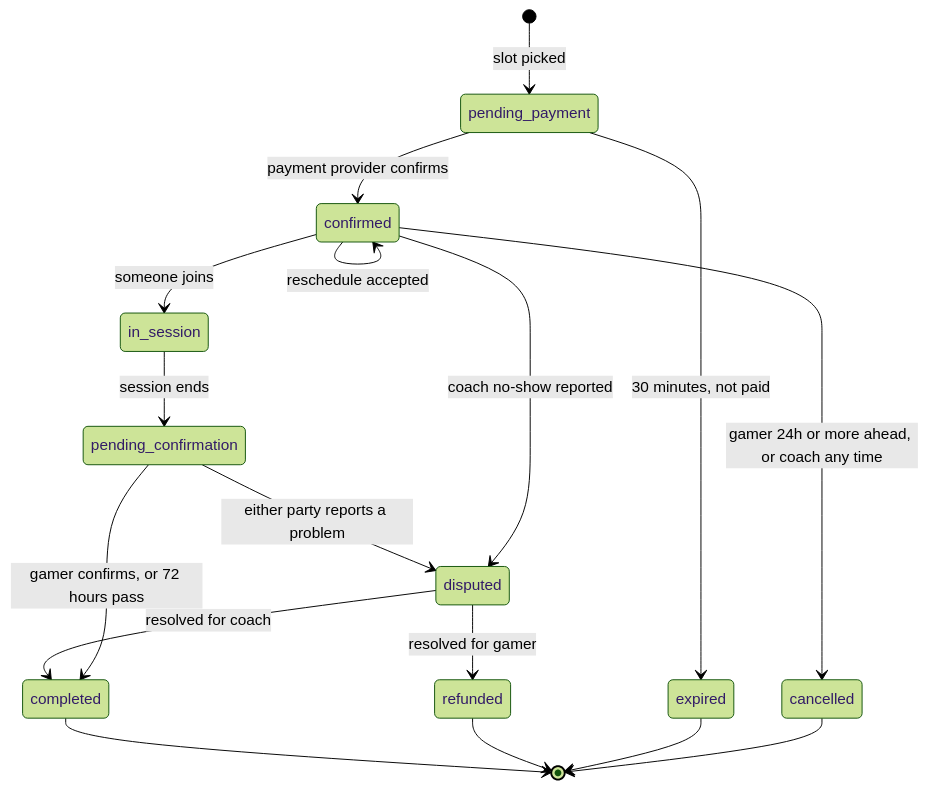
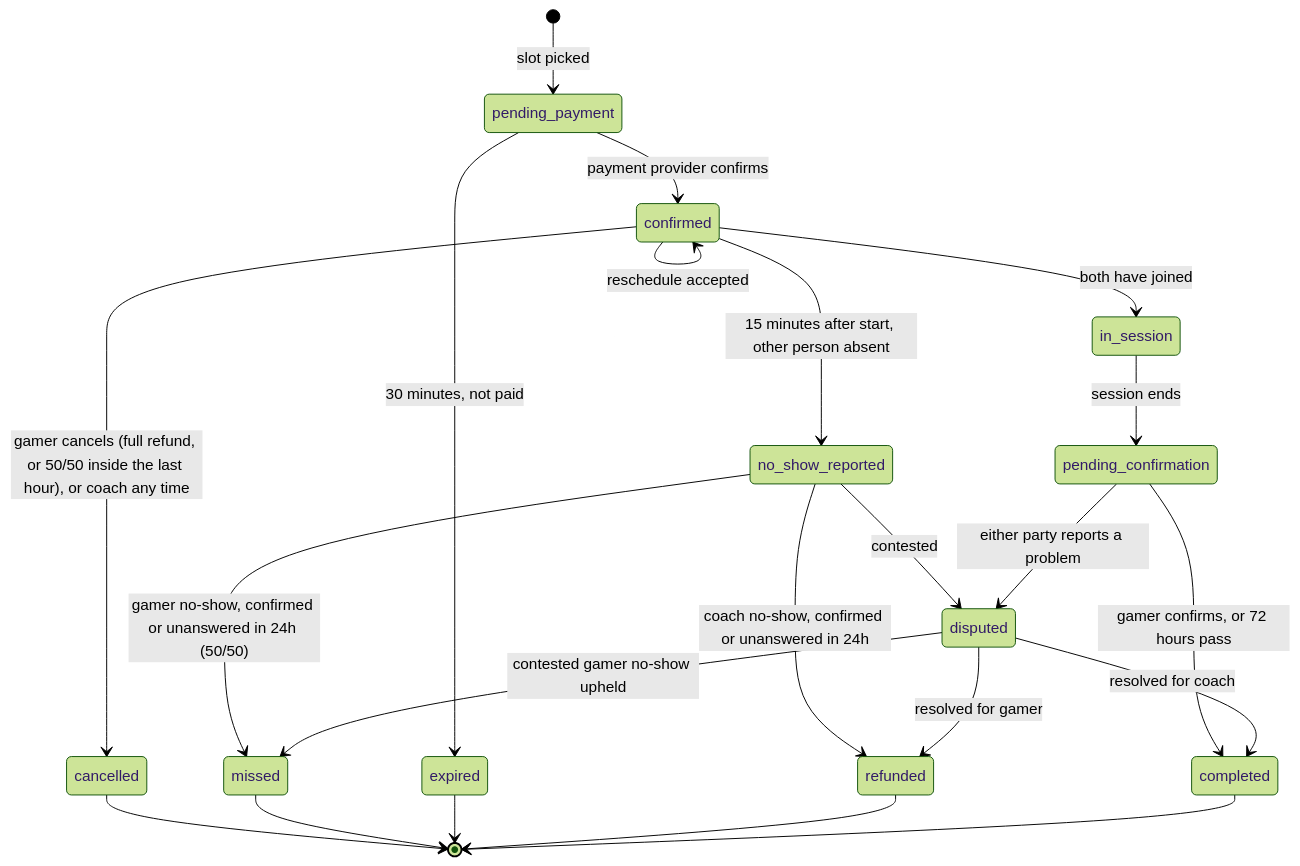
One commit to ILoveWaterSm/Harbourly-Waitlist-2.0 changed diagram 11 of 13 in design/USER-FLOW.md. Above: the diagram before and after it, drawn with Mermaid (forest theme). The commit also changed other lines of this file and 3 other files, not shown here.

First line of the commit message:
Record the 23 Oct policy update: New Coach without a Verified badge, 6% fee and 12% commission, 1-hour cancellation with 50/50 split, no-show reports, price floor

````diff
--- a/design/USER-FLOW.md
+++ b/design/USER-FLOW.md
@@ -320,23 +328,29 @@
 ```mermaid
 stateDiagram-v2
   [*] --> pending_payment: slot picked
   pending_payment --> confirmed: payment provider confirms
   pending_payment --> expired: 30 minutes, not paid
 
   confirmed --> confirmed: reschedule accepted
-  confirmed --> cancelled: gamer 24h or more ahead, or coach any time
-  confirmed --> in_session: someone joins
-  confirmed --> disputed: coach no-show reported
+  confirmed --> cancelled: gamer cancels (full refund, or 50/50 inside the last hour), or coach any time
+  confirmed --> in_session: both have joined
+  confirmed --> no_show_reported: 15 minutes after start, other person absent
+
+  no_show_reported --> refunded: coach no-show, confirmed or unanswered in 24h
+  no_show_reported --> missed: gamer no-show, confirmed or unanswered in 24h (50/50)
+  no_show_reported --> disputed: contested
 
   in_session --> pending_confirmation: session ends
   pending_confirmation --> completed: gamer confirms, or 72 hours pass
   pending_confirmation --> disputed: either party reports a problem
 
   disputed --> refunded: resolved for gamer
   disputed --> completed: resolved for coach
+  disputed --> missed: contested gamer no-show upheld
 
   cancelled --> [*]
+  missed --> [*]
   expired --> [*]
   refunded --> [*]
   completed --> [*]
 ```
````
